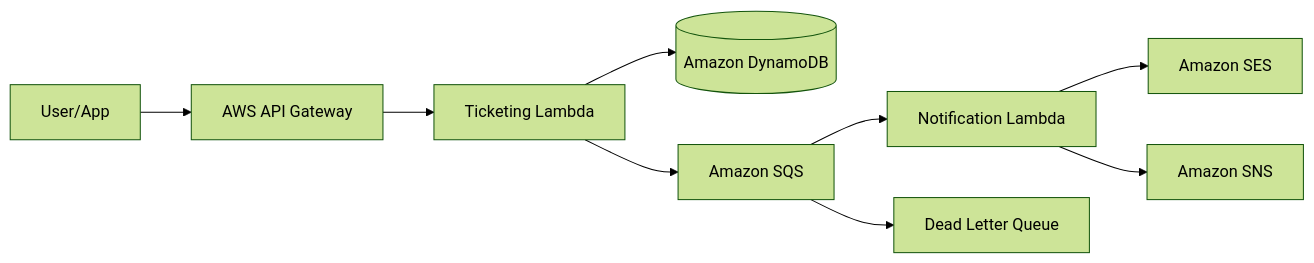
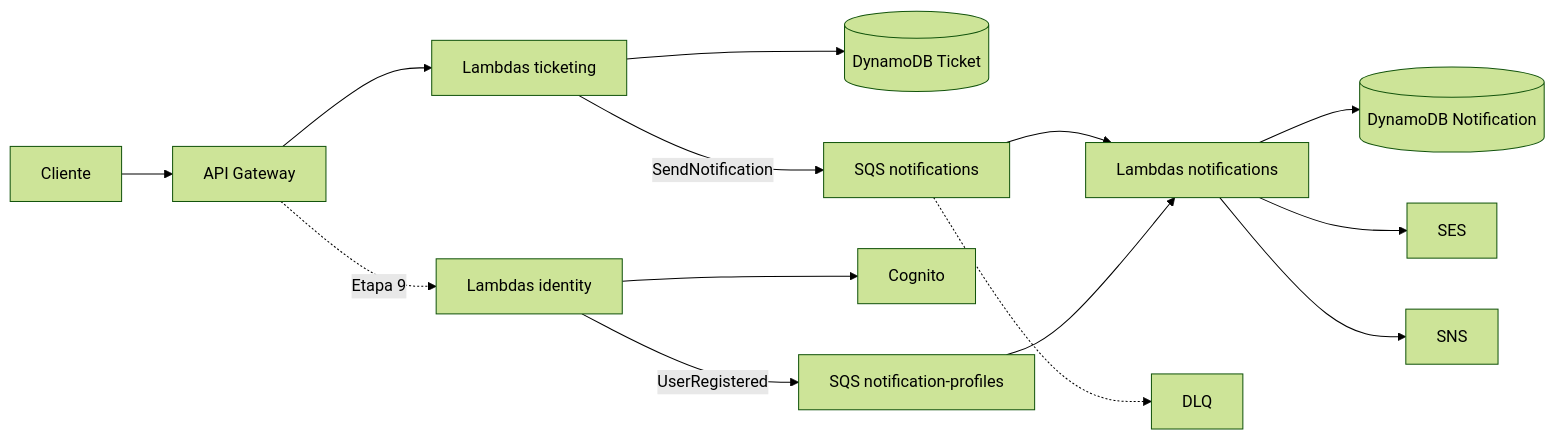
The diagram in README.md (filipe-rds/serverless-ticketing-notifications), drawn with Mermaid (forest theme) before and after one commit. The commit also changed other lines of this file and 107 other files, not shown here.

````diff
--- a/README.md
+++ b/README.md
@@ -95,16 +21,16 @@
 ```mermaid
 flowchart LR
-    Client[User/App] --> APIGateway[AWS API Gateway]
-
-    APIGateway --> TicketingLambda[Ticketing Lambda]
-
-    TicketingLambda --> DynamoDB[(Amazon DynamoDB)]
-    TicketingLambda --> SQS[Amazon SQS]
-
-    SQS --> NotificationLambda[Notification Lambda]
-
-    NotificationLambda --> SES[Amazon SES]
-    NotificationLambda --> SNS[Amazon SNS]
-
-    SQS --> DLQ[Dead Letter Queue]
+    Client[Cliente] --> APIGW[API Gateway]
+    APIGW --> T[Lambdas ticketing]
+    T --> TT[(DynamoDB Ticket)]
+    T -->|SendNotification| Q[SQS notifications]
+    Q --> N[Lambdas notifications]
+    N --> NT[(DynamoDB Notification)]
+    N --> SES[SES]
+    N --> SNS[SNS]
+    Q -.-> DLQ[DLQ]
+    APIGW -. Etapa 9 .-> I[Lambdas identity]
+    I --> COG[Cognito]
+    I -->|UserRegistered| QP[SQS notification-profiles]
+    QP --> N
 ```
````
